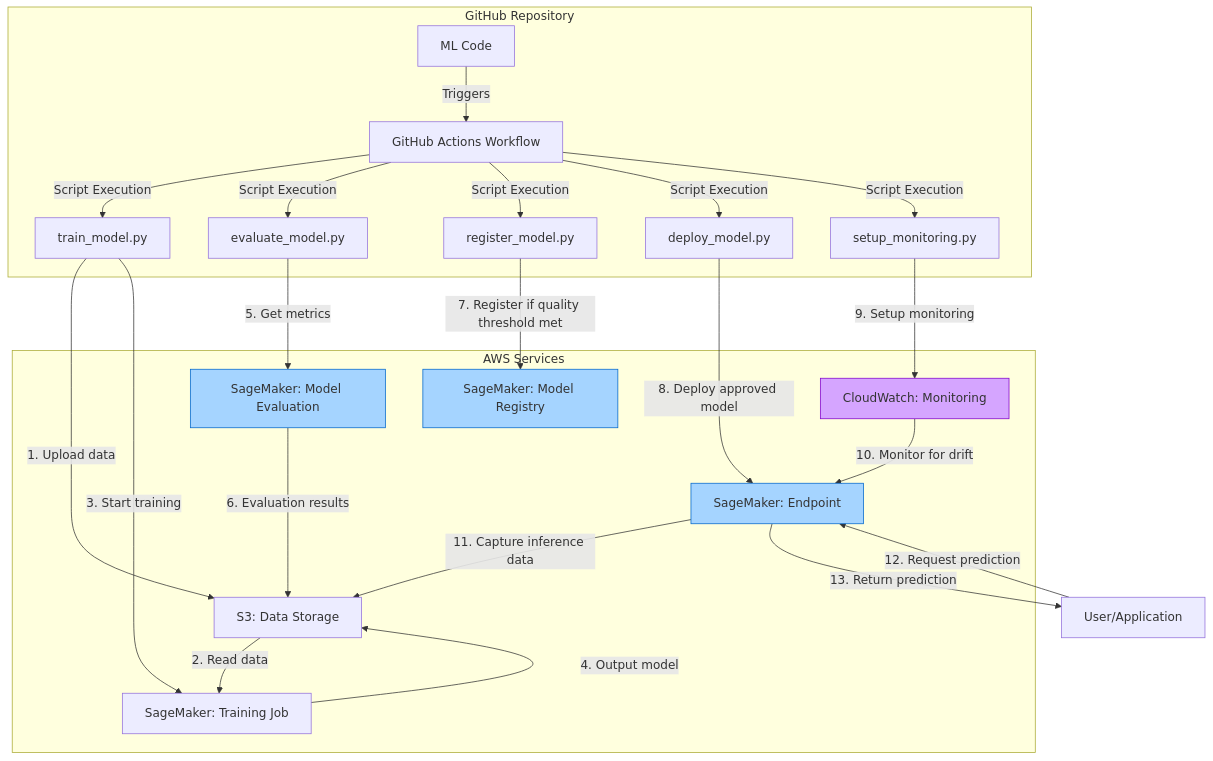
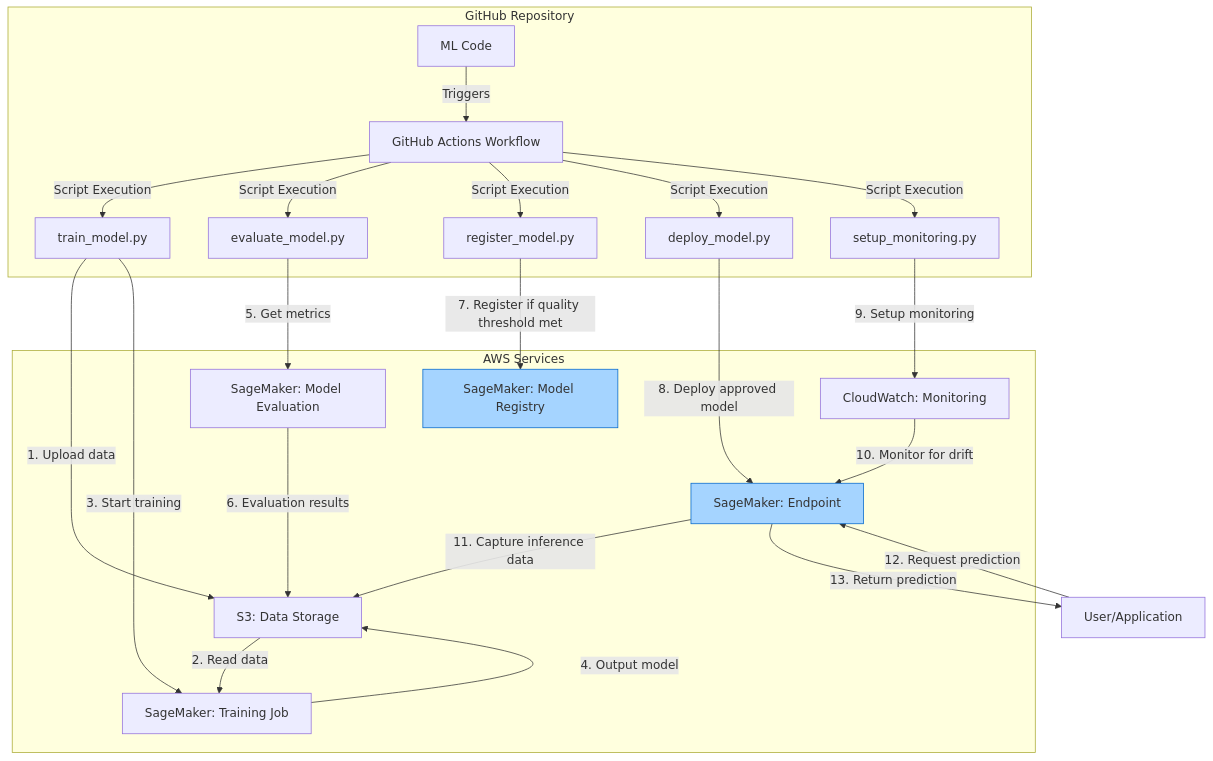
Before and after one commit to luhercentti/mlops-ephemeral-demo-lhc: the diagram in readme.md, drawn with Mermaid.

````diff
--- a/readme.md
+++ b/readme.md
@@ -3,42 +3,40 @@
 ```mermaid
 flowchart TD
     subgraph "GitHub Repository"
         A[ML Code] --> |Triggers| B[GitHub Actions Workflow]
         B --> |Script Execution| C1[train_model.py]
         B --> |Script Execution| C2[evaluate_model.py]
         B --> |Script Execution| C3[register_model.py]
         B --> |Script Execution| C4[deploy_model.py]
         B --> |Script Execution| C5[setup_monitoring.py]
     end
 
     subgraph "AWS Services"
         D[S3: Data Storage]
         E[SageMaker: Training Job]
         F[SageMaker: Model Evaluation]
         G[SageMaker: Model Registry]
         H[SageMaker: Endpoint]
         I[CloudWatch: Monitoring]
     end
 
     %% Data Flow Connections
     C1 -->|1. Upload data| D
     D -->|2. Read data| E
     C1 -->|3. Start training| E
     E -->|4. Output model| D
     C2 -->|5. Get metrics| F
     F -->|6. Evaluation results| D
     C3 -->|7. Register if quality threshold met| G
     C4 -->|8. Deploy approved model| H
     C5 -->|9. Setup monitoring| I
     I -->|10. Monitor for drift| H
     H -->|11. Capture inference data| D
 
     %% Inference Flow
     J[User/Application] -->|12. Request prediction| H
     H -->|13. Return prediction| J
 
-    style F fill:#A5D4FF,stroke:#0066CC
     style G fill:#A5D4FF,stroke:#0066CC
     style H fill:#A5D4FF,stroke:#0066CC
-    style I fill:#D5A5FF,stroke:#8000CC
 ``` 
````
